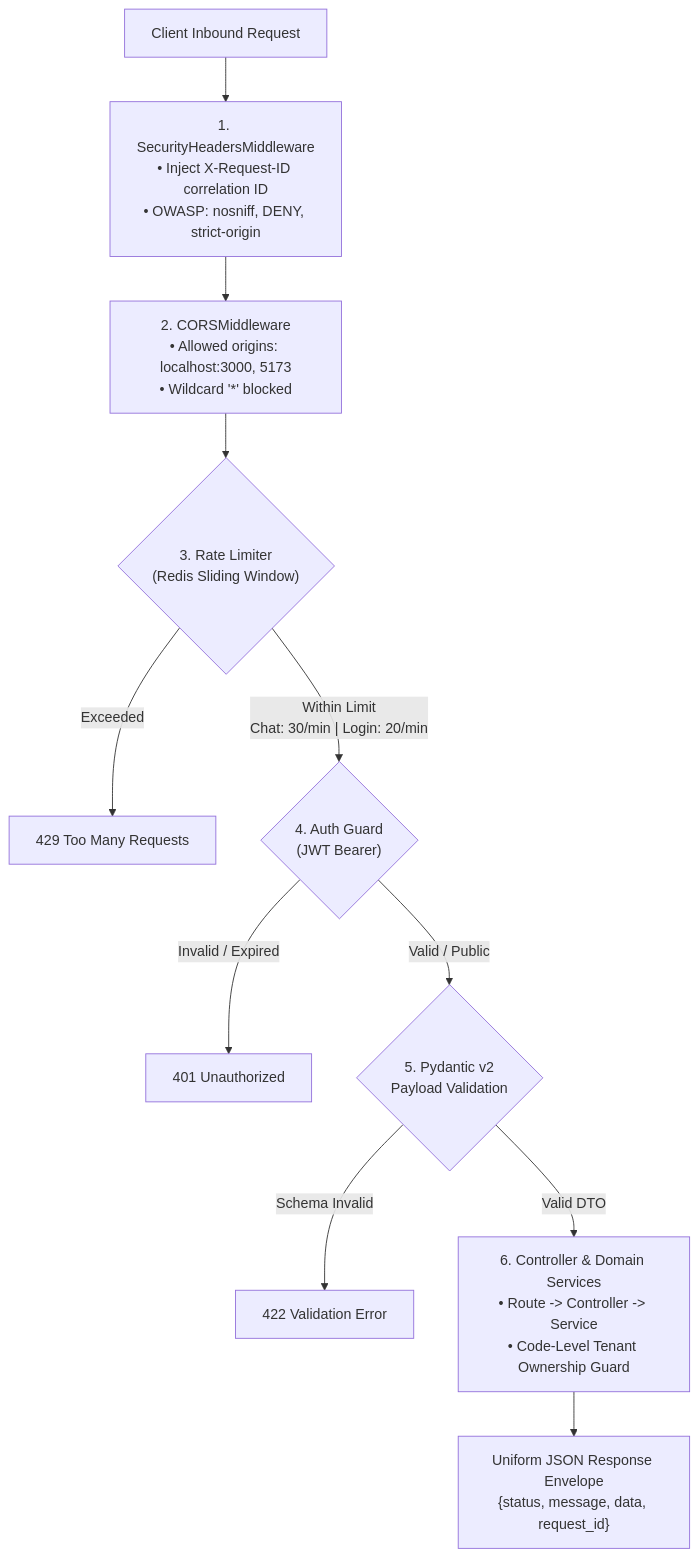
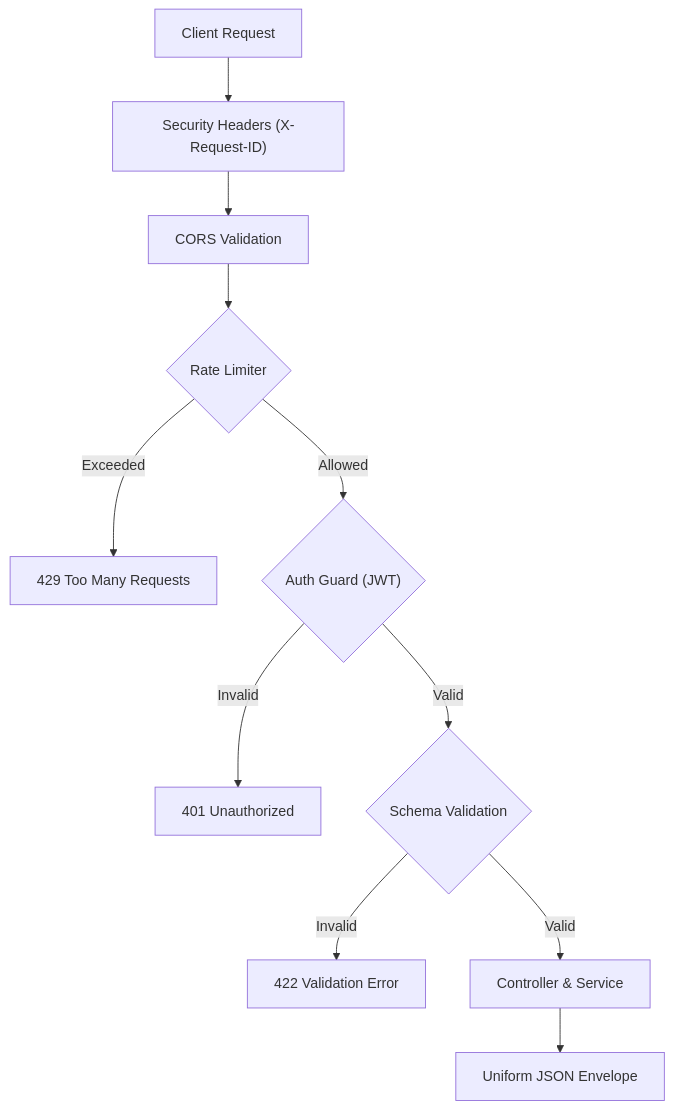
Before and after one commit to nakul-cloud/Intelligent_Student_Support_Agent: the first of 2 diagrams in Intelligent_Student_Support_Agent/app/routes/README.md, drawn with Mermaid. The commit also changed 28 other files, not shown here.

````diff
--- a/Intelligent_Student_Support_Agent/app/routes/README.md
+++ b/Intelligent_Student_Support_Agent/app/routes/README.md
@@ -33,13 +33,17 @@
 ```mermaid
 flowchart TD
-    Client["Client Inbound Request"] --> SecHeaders["1. SecurityHeadersMiddleware<br/>• Inject X-Request-ID correlation ID<br/>• OWASP: nosniff, DENY, strict-origin"]
-    SecHeaders --> CORS["2. CORSMiddleware<br/>• Allowed origins: localhost:3000, 5173<br/>• Wildcard '*' blocked"]
-    CORS --> RateLimiter{"3. Rate Limiter<br/>(Redis Sliding Window)"}
+    Client["Client Request"] --> SecHeaders["Security Headers (X-Request-ID)"]
+    SecHeaders --> CORS["CORS Validation"]
+    CORS --> RateLimiter{"Rate Limiter"}
+
     RateLimiter -- "Exceeded" --> Err429["429 Too Many Requests"]
-    RateLimiter -- "Within Limit<br/>Chat: 30/min | Login: 20/min" --> AuthGuard{"4. Auth Guard<br/>(JWT Bearer)"}
-    AuthGuard -- "Invalid / Expired" --> Err401["401 Unauthorized"]
-    AuthGuard -- "Valid / Public" --> Validation{"5. Pydantic v2<br/>Payload Validation"}
-    Validation -- "Schema Invalid" --> Err422["422 Validation Error"]
-    Validation -- "Valid DTO" --> Controller["6. Controller & Domain Services<br/>• Route -> Controller -> Service<br/>• Code-Level Tenant Ownership Guard"]
-    Controller --> Response["Uniform JSON Response Envelope<br/>{status, message, data, request_id}"]
+    RateLimiter -- "Allowed" --> AuthGuard{"Auth Guard (JWT)"}
+
+    AuthGuard -- "Invalid" --> Err401["401 Unauthorized"]
+    AuthGuard -- "Valid" --> Validation{"Schema Validation"}
+
+    Validation -- "Invalid" --> Err422["422 Validation Error"]
+    Validation -- "Valid" --> Controller["Controller & Service"]
+
+    Controller --> Response["Uniform JSON Envelope"]
 ```
````
